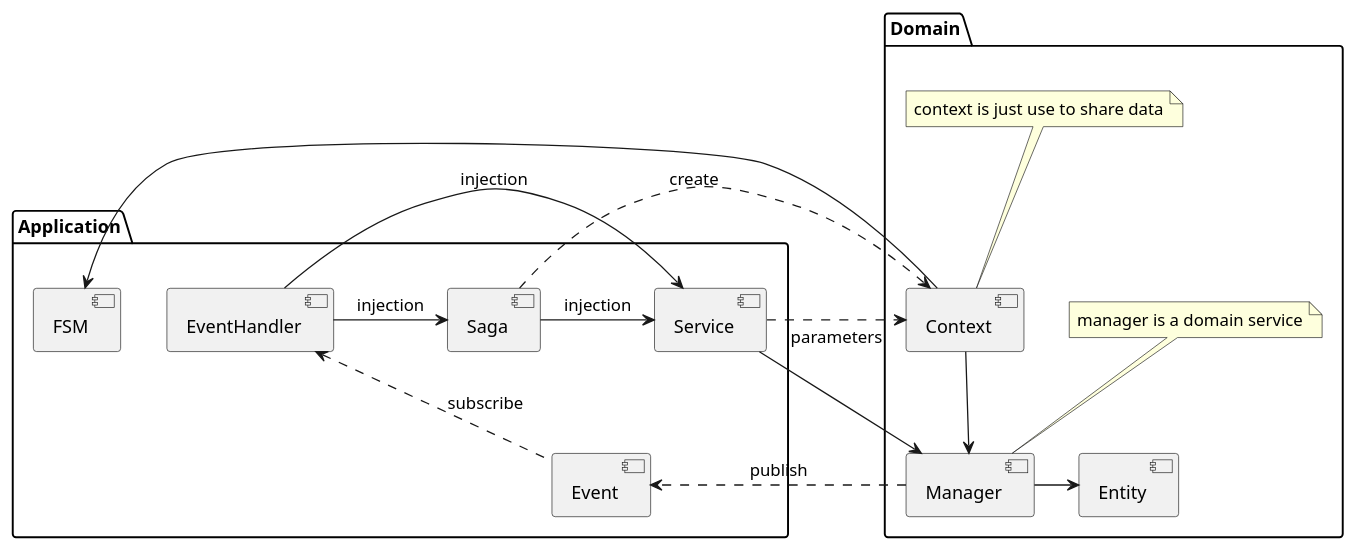
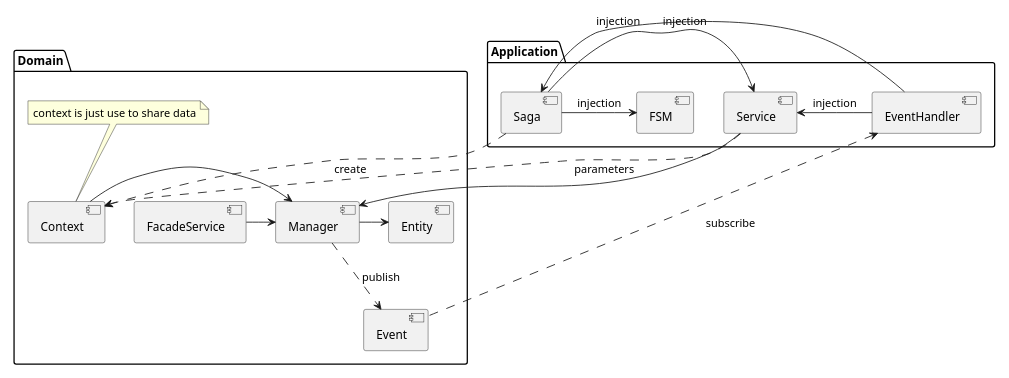
The first of 2 diagrams in docs/Development/architecture.md (AElfProject/AElf), drawn with PlantUML before and after one commit. The commit also changed other lines of this file, not shown here.

````diff
--- a/docs/Development/architecture.md
+++ b/docs/Development/architecture.md
@@ -3,54 +3,48 @@
 ```puml
 @startuml
+scale max 768 width
 
 package "Application" {
   [Service]
-  [Event]
   [Saga]
   
   [FSM]
   
-
-
   [Saga] -> [Service] : injection
-
-  [EventHandler] <.. [Event] : subscribe
 
   [EventHandler] -> [Saga] : injection
   [EventHandler] -> [Service] : injection
 
 }
 
 package "Domain" {
   [Manager]
   [Context]
-
+  [Event]
   [Entity]
+  [FacadeService] -> [Manager]
 
   
+  [EventHandler] <.. [Event] : subscribe
 
 
   [Saga] ..> [Context] : create
+  [Saga] -> [FSM] : injection
   [Service] ..> [Context] : parameters
-  [Context] -down-> [FSM]
-  [Context] -down-> [Manager] 
+  [Context] -> [Manager] 
 
 
-  [Service] -down-> [Manager]
+  [Service] -> [Manager]
 
   [Manager] -> [Entity]
 
   [Manager] ..> [Event] : publish
-
-note top of [Manager]
-  manager is a domain service
-end note
 
 note top of [Context]
   context is just use to share data
 end note
 }
 
 
 @enduml
 ```
````
